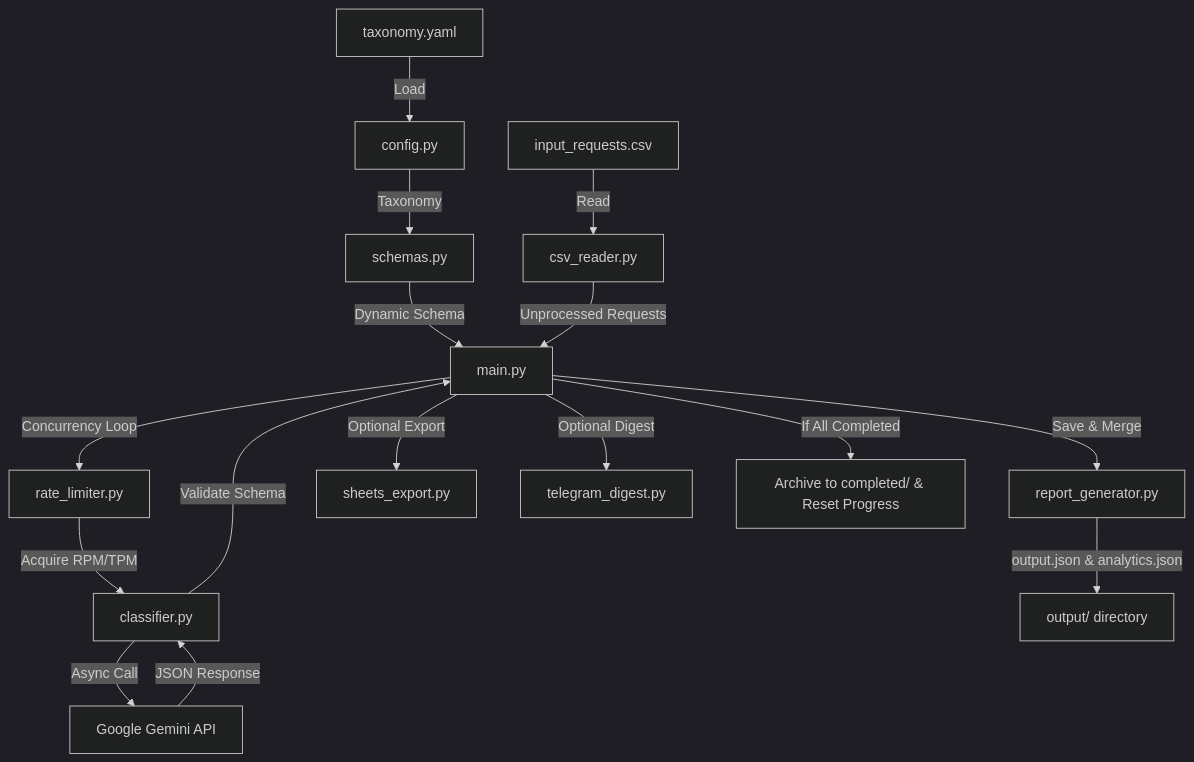
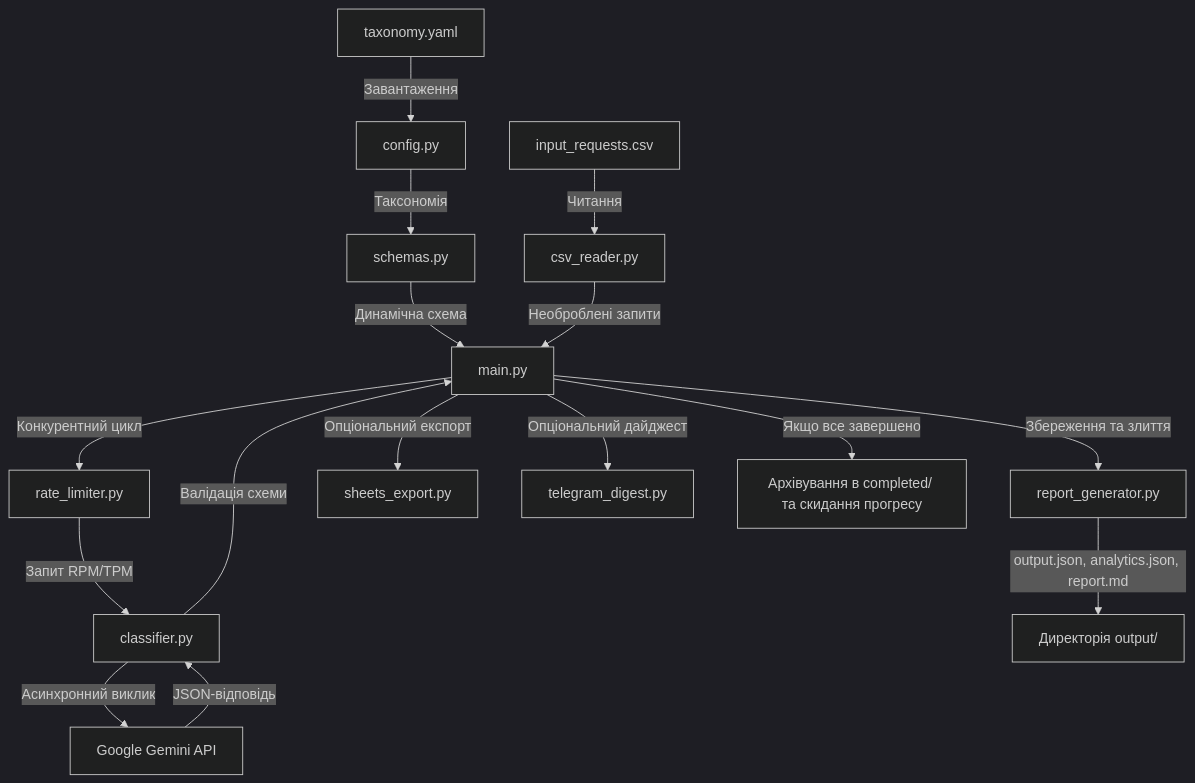
The diagram in README.md (Satori8/RequestClassifier), drawn with Mermaid (dark theme) before and after one commit. The commit also changed other lines of this file and 4 other files, not shown here.

Commit message:
feat: complete Google Sheets and Telegram integrations, update README and Dockerfile

````diff
--- a/README.md
+++ b/README.md
@@ -30,18 +30,18 @@
 ```mermaid
 graph TD
-    CSV[input_requests.csv] -->|Read| Reader[csv_reader.py]
-    YAML[taxonomy.yaml] -->|Load| Config[config.py]
-    Config -->|Taxonomy| Schema[schemas.py]
-    Schema -->|Dynamic Schema| Main[main.py]
-    Reader -->|Unprocessed Requests| Main
-    Main -->|Concurrency Loop| Limiter[rate_limiter.py]
-    Limiter -->|Acquire RPM/TPM| Classifier[classifier.py]
-    Classifier -->|Async Call| Gemini[Google Gemini API]
-    Gemini -->|JSON Response| Classifier
-    Classifier -->|Validate Schema| Main
-    Main -->|Save & Merge| Report[report_generator.py]
-    Report -->|output.json & analytics.json| Output[output/ directory]
-    Main -->|Optional Export| Sheets[sheets_export.py]
-    Main -->|Optional Digest| Telegram[telegram_digest.py]
-    Main -->|If All Completed| Archive[Archive to completed/ & Reset Progress]
+    CSV[input_requests.csv] -->|Читання| Reader[csv_reader.py]
+    YAML[taxonomy.yaml] -->|Завантаження| Config[config.py]
+    Config -->|Таксономія| Schema[schemas.py]
+    Schema -->|Динамічна схема| Main[main.py]
+    Reader -->|Необроблені запити| Main
+    Main -->|Конкурентний цикл| Limiter[rate_limiter.py]
+    Limiter -->|Запит RPM/TPM| Classifier[classifier.py]
+    Classifier -->|Асинхронний виклик| Gemini[Google Gemini API]
+    Gemini -->|JSON-відповідь| Classifier
+    Classifier -->|Валідація схеми| Main
+    Main -->|Збереження та злиття| Report[report_generator.py]
+    Report -->|output.json, analytics.json, report.md| Output[Директорія output/]
+    Main -->|Опціональний експорт| Sheets[sheets_export.py]
+    Main -->|Опціональний дайджест| Telegram[telegram_digest.py]
+    Main -->|Якщо все завершено| Archive[Архівування в completed/ та скидання прогресу]
 ```
````
